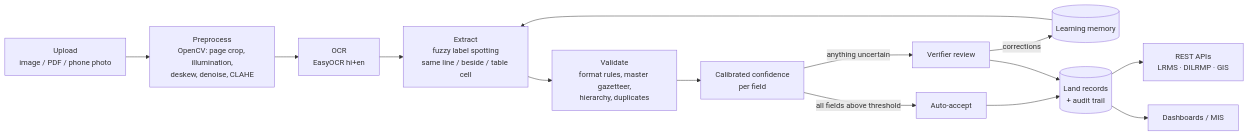
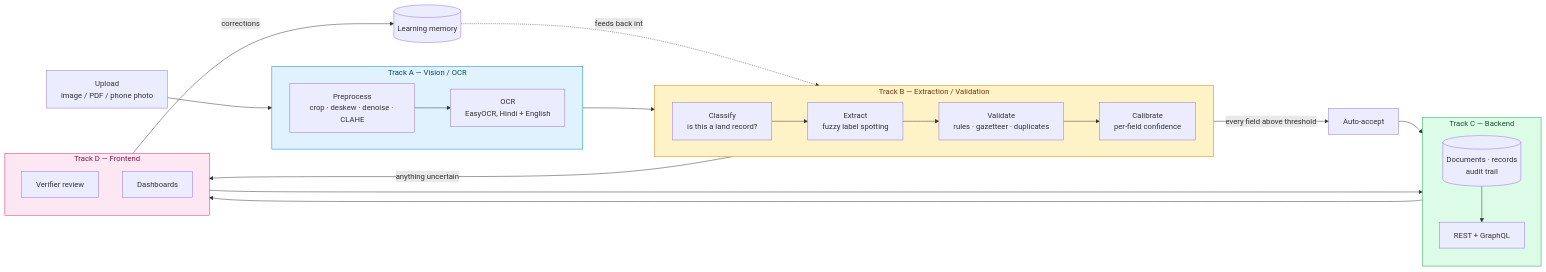
Before and after one commit to Rayyan-mohammed/Land-Lekha: the diagram in README.md, drawn with Mermaid. The commit also changed other lines of this file, not shown here.

Commit message:
rewrite the readme with the full template: architecture diagram, per-result honest-scope notes, roadmap, authors, docs index

````diff
--- a/README.md
+++ b/README.md
@@ -7,16 +25,48 @@
 ```mermaid
 flowchart LR
-  U[Upload<br/>image / PDF / phone photo] --> P[Preprocess<br/>OpenCV: page crop, illumination,<br/>deskew, denoise, CLAHE]
-  P --> O[OCR<br/>EasyOCR hi+en]
-  O --> X[Extract<br/>fuzzy label spotting<br/>same line / beside / table cell]
-  X --> V[Validate<br/>format rules, master gazetteer,<br/>hierarchy, duplicates]
-  V --> C[Calibrated confidence<br/>per field]
-  C -->|all fields above threshold| A[Auto-accept]
-  C -->|anything uncertain| R[Verifier review]
-  R -->|corrections| L[(Learning memory)]
-  L --> X
-  A --> DB[(Land records<br/>+ audit trail)]
-  R --> DB
-  DB --> API[REST APIs<br/>LRMS · DILRMP · GIS]
-  DB --> D[Dashboards / MIS]
+  U[Upload<br/>image / PDF / phone photo]
+
+  subgraph TRACKA["Track A — Vision / OCR"]
+    direction LR
+    P[Preprocess<br/>crop · deskew · denoise · CLAHE]
+    O[OCR<br/>EasyOCR, Hindi + English]
+    P --> O
+  end
+
+  subgraph TRACKB["Track B — Extraction / Validation"]
+    direction LR
+    CLS[Classify<br/>is this a land record?]
+    X[Extract<br/>fuzzy label spotting]
+    V[Validate<br/>rules · gazetteer · duplicates]
+    C[Calibrate<br/>per-field confidence]
+    CLS --> X --> V --> C
+  end
+
+  subgraph TRACKC["Track C — Backend"]
+    direction TB
+    DB[(Documents · records<br/>audit trail)]
+    API[REST + GraphQL]
+    DB --> API
+  end
+
+  subgraph TRACKD["Track D — Frontend"]
+    direction TB
+    RVW[Verifier review]
+    MIS[Dashboards]
+  end
+
+  U --> P
+  O --> CLS
+  C -->|every field above threshold| AA[Auto-accept]
+  C -->|anything uncertain| RVW
+  RVW -->|corrections| MEM[(Learning memory)]
+  MEM -.feeds back into.-> X
+  AA --> DB
+  RVW --> DB
+  DB --> MIS
+
+  style TRACKA fill:#e0f2fe,stroke:#0284c7,color:#0c4a6e
+  style TRACKB fill:#fef3c7,stroke:#d97706,color:#78350f
+  style TRACKC fill:#dcfce7,stroke:#16a34a,color:#14532d
+  style TRACKD fill:#fce7f3,stroke:#db2777,color:#831843
 ```
````
